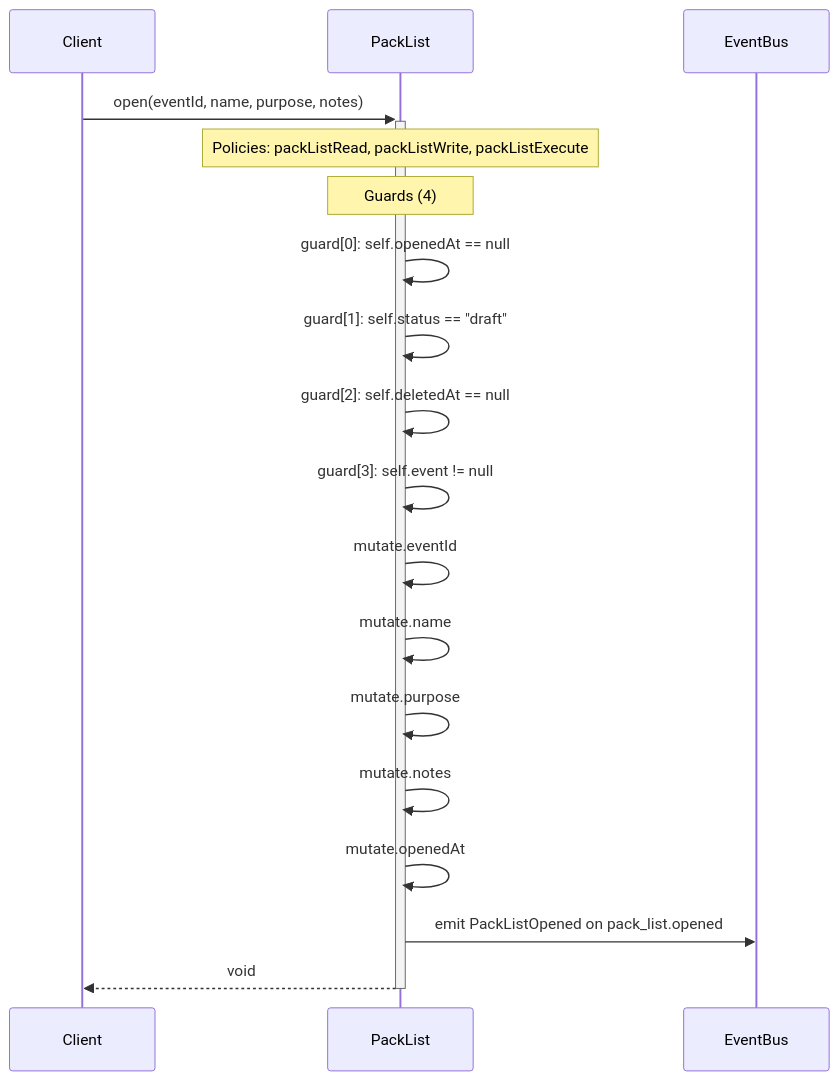
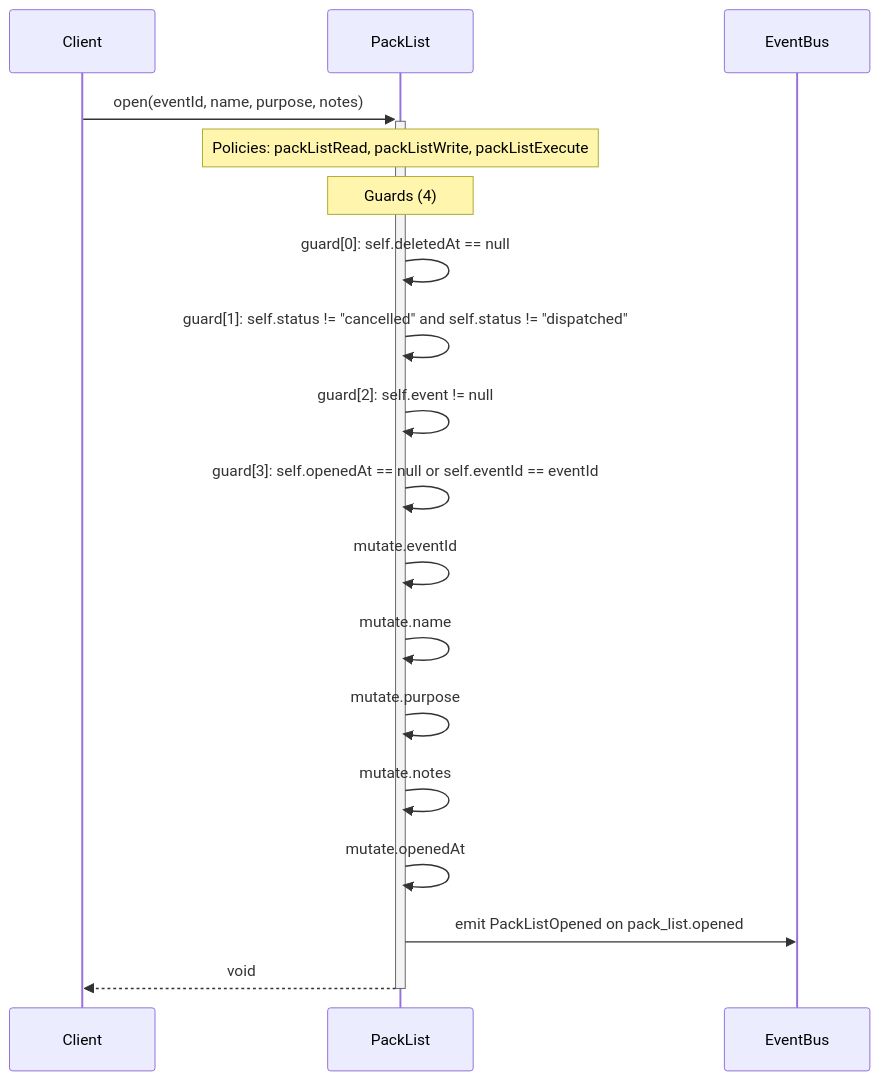
One commit to Angriff36/capsule changed the diagram in diagrams/sequence-PackList-open.mmd. Above: the diagram before and after it, drawn with Mermaid. The commit also changed 13 other files, not shown here.

First line of the commit message:
[loop] rebase PackList-on-approve onto main after PR #11

```diff
--- a/diagrams/sequence-PackList-open.mmd
+++ b/diagrams/sequence-PackList-open.mmd
@@ -1,18 +1,18 @@
 sequenceDiagram
     participant Client
     participant PackList as PackList
     participant EventBus
     Client->>+PackList: open(eventId, name, purpose, notes)
     Note over PackList: Policies: packListRead, packListWrite, packListExecute
     Note over PackList: Guards (4)
-    PackList->>PackList: guard[0]: self.openedAt == null
-    PackList->>PackList: guard[1]: self.status == #quot;draft#quot;
-    PackList->>PackList: guard[2]: self.deletedAt == null
-    PackList->>PackList: guard[3]: self.event != null
+    PackList->>PackList: guard[0]: self.deletedAt == null
+    PackList->>PackList: guard[1]: self.status != #quot;cancelled#quot; and self.status != #quot;dispatched#quot;
+    PackList->>PackList: guard[2]: self.event != null
+    PackList->>PackList: guard[3]: self.openedAt == null or self.eventId == eventId
     PackList->>PackList: mutate.eventId
     PackList->>PackList: mutate.name
     PackList->>PackList: mutate.purpose
     PackList->>PackList: mutate.notes
     PackList->>PackList: mutate.openedAt
     PackList->>EventBus: emit PackListOpened on pack_list.opened
     PackList-->>-Client: void
```
